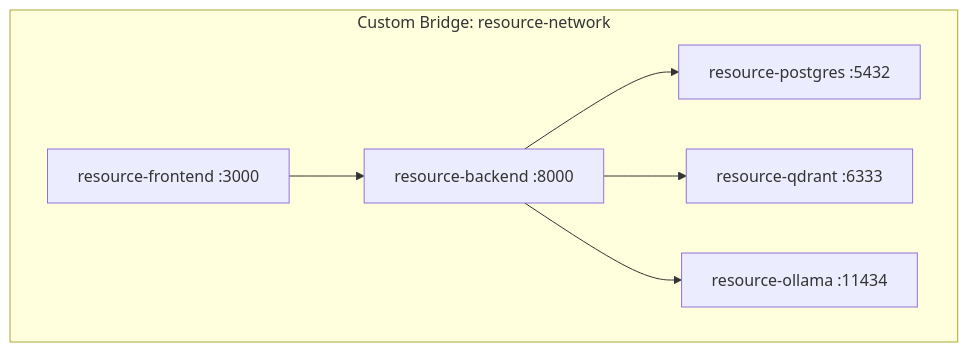
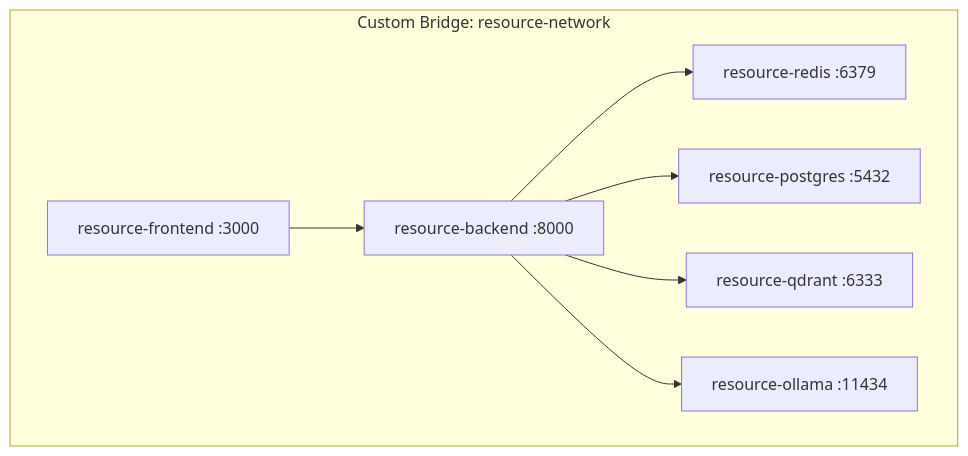
Before and after one commit to suryapratap04-jman/npc: the seventh of 8 diagrams in docs/02_System_Architecture.md, drawn with Mermaid. The commit also changed other lines of this file and 33 other files, not shown here.

````diff
--- a/docs/02_System_Architecture.md
+++ b/docs/02_System_Architecture.md
@@ -95,15 +100,17 @@
 ```mermaid
 graph TD
     subgraph Custom Bridge: resource-network
         frontend[resource-frontend :3000]
         backend[resource-backend :8000]
+        redis[resource-redis :6379]
         db[resource-postgres :5432]
         qdrant[resource-qdrant :6333]
         ollama[resource-ollama :11434]
     end
     
     frontend --> backend
+    backend --> redis
     backend --> db
     backend --> qdrant
     backend --> ollama
 ```
````
